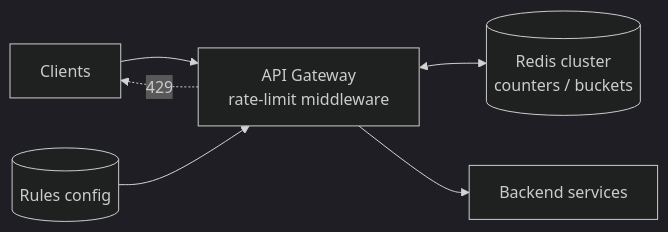
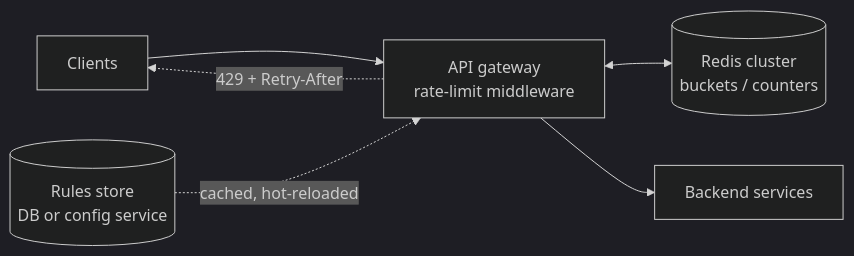
Before and after one commit to hshtgbrendo/software-dev-prep: the diagram in design/4 Case Studies/Design a Rate Limiter.md, drawn with Mermaid (dark theme). The commit also changed other lines of this file and 28 other files, not shown here.

````diff
--- a/design/4 Case Studies/Design a Rate Limiter.md
+++ b/design/4 Case Studies/Design a Rate Limiter.md
@@ -84,8 +137,8 @@
 ```mermaid
 flowchart LR
-  C[Clients] --> GW[API Gateway<br/>rate-limit middleware]
-  GW <--> R[(Redis cluster<br/>counters / buckets)]
+  C[Clients] --> GW["API gateway<br/>rate-limit middleware"]
+  GW <--> R[("Redis cluster<br/>buckets / counters")]
   GW --> S[Backend services]
-  Cfg[(Rules config)] --> GW
-  GW -. 429 .-> C
+  Cfg[("Rules store<br/>DB or config service")] -. cached, hot-reloaded .-> GW
+  GW -. "429 + Retry-After" .-> C
 ```
````
